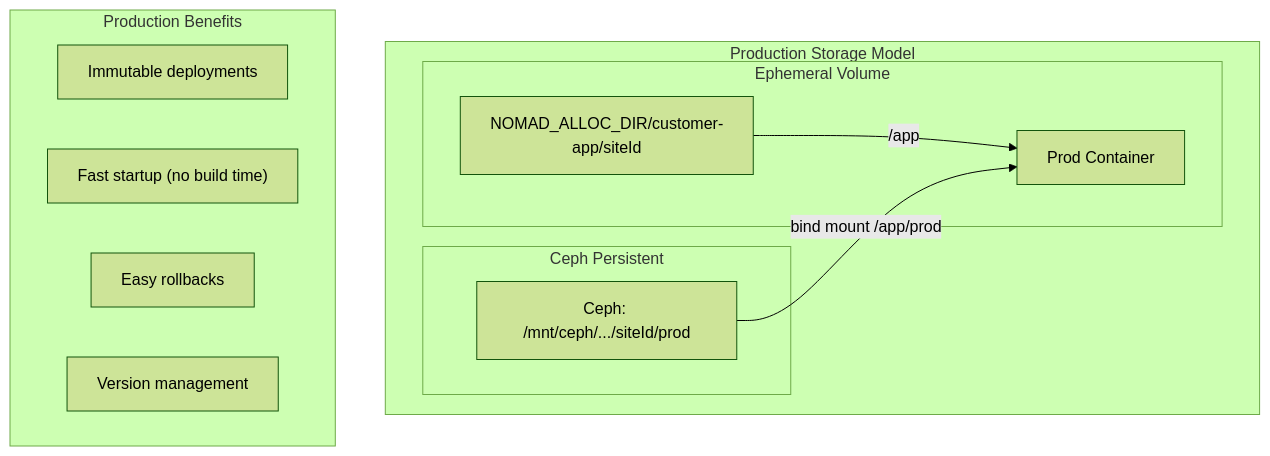
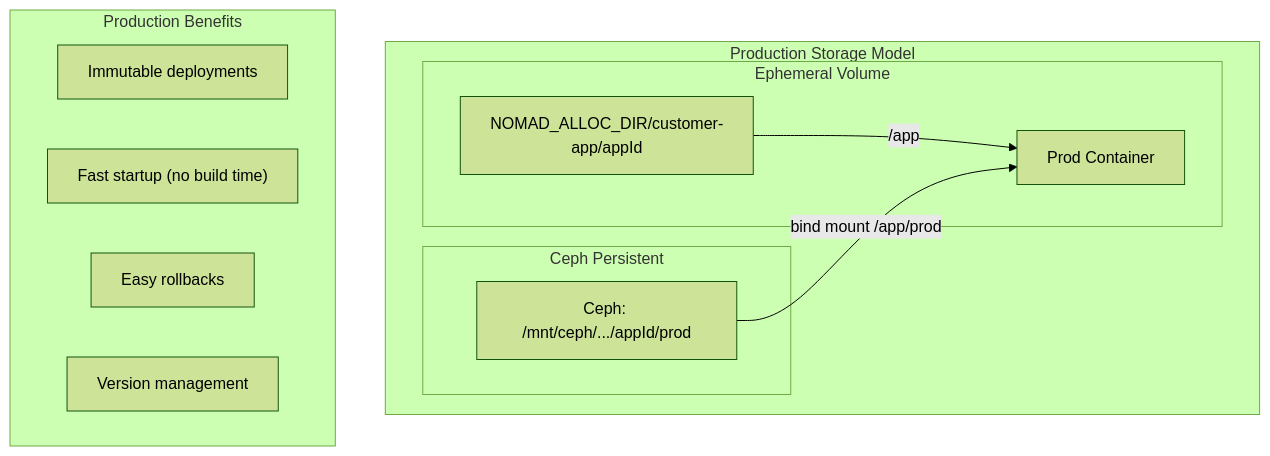
Before and after one commit to hsharif-godaddy/hackathon2026: the second of 5 diagrams in docs/persistent-storage-architecture.md, drawn with Mermaid (forest theme). The commit also changed other lines of this file and 2 other files, not shown here.

First line of the commit message:
On-Prem Hosting Architecture Doc (#213)

````diff
--- a/docs/persistent-storage-architecture.md
+++ b/docs/persistent-storage-architecture.md
@@ -50,21 +50,21 @@
 ```mermaid
 graph TB
     subgraph "Production Storage Model"
         subgraph "Ephemeral Volume"
-            EV2["NOMAD_ALLOC_DIR/customer-app/siteId"]
+            EV2["NOMAD_ALLOC_DIR/customer-app/appId"]
             EV2 --> |"/app"| APP2[Prod Container]
         end
         
         subgraph "Ceph Persistent"
-            CEPH2["Ceph: /mnt/ceph/.../siteId/prod"]
+            CEPH2["Ceph: /mnt/ceph/.../appId/prod"]
             CEPH2 --> |"bind mount /app/prod"| APP2
         end
     end
     
     subgraph "Production Benefits"
         P1["Immutable deployments"]
         P2["Fast startup (no build time)"]
         P3["Easy rollbacks"]
         P4["Version management"]
     end
 ```
````
